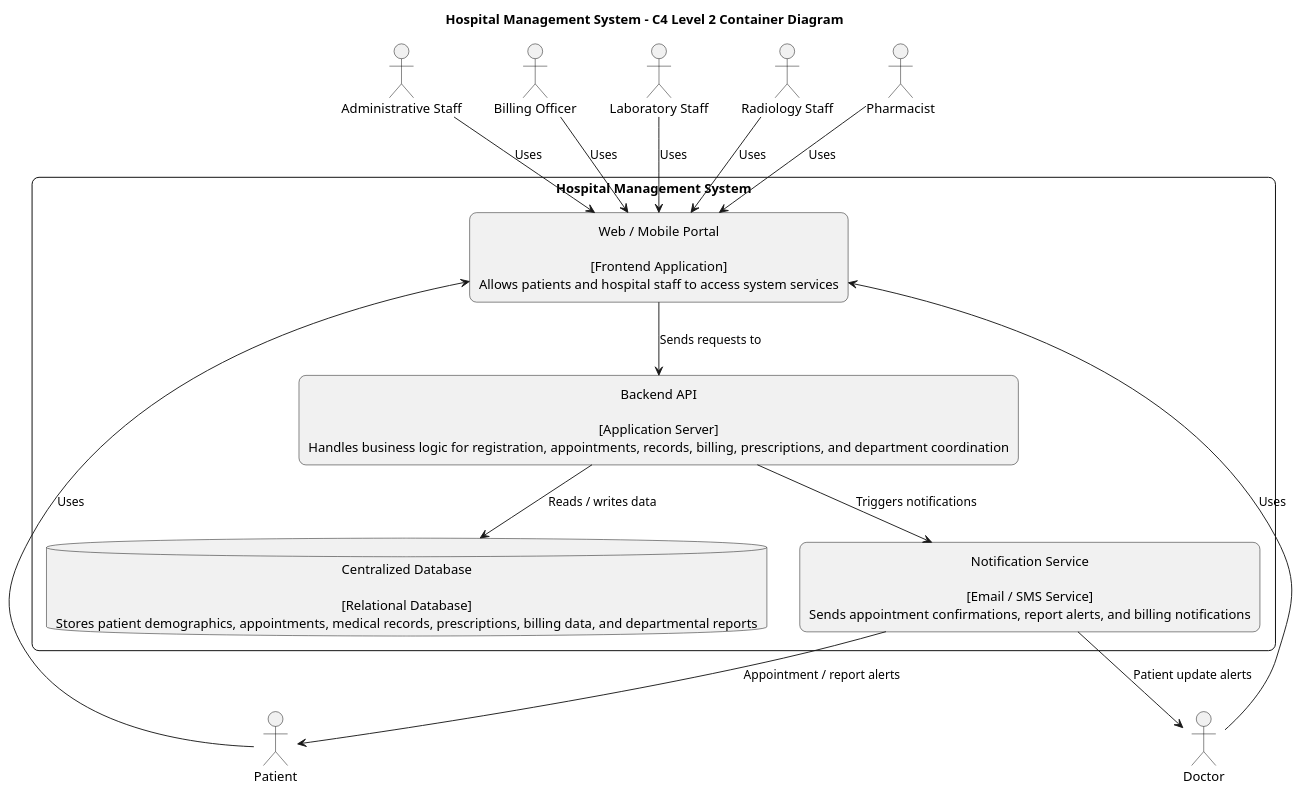
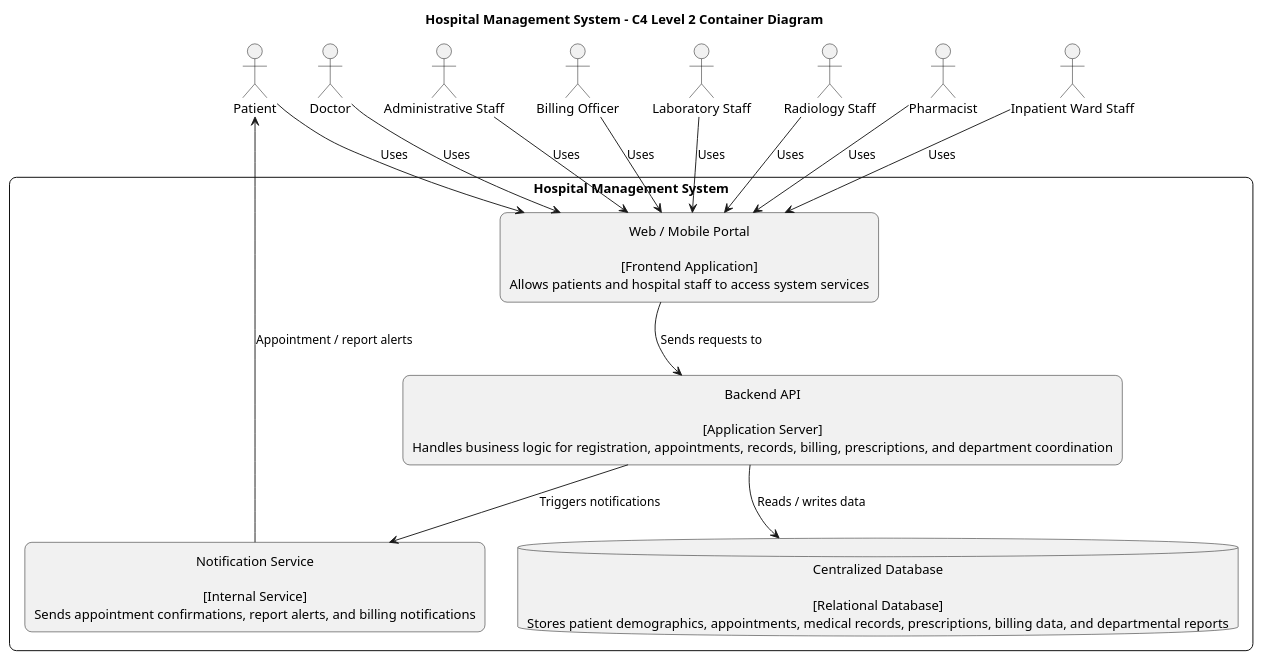
One commit to hamztion/Software_Project_Group8 changed the diagram in uml/container_diagram.puml. Above: the diagram before and after it, drawn with PlantUML. The commit also changed 1 other file, not shown here.

Commit message:
Update container diagram layout and ward actor

```diff
--- a/uml/container_diagram.puml
+++ b/uml/container_diagram.puml
@@ -1,52 +1,67 @@
 @startuml
 title Hospital Management System - C4 Level 2 Container Diagram
+
+top to bottom direction
 
 skinparam backgroundColor white
 skinparam shadowing false
 skinparam defaultTextAlignment center
 skinparam rectangle {
   RoundCorner 15
   BorderColor black
 }
 skinparam database {
   BorderColor black
 }
 skinparam actor {
   BorderColor black
 }
 
 actor "Patient" as patient
 actor "Doctor" as doctor
 actor "Administrative Staff" as admin
 actor "Billing Officer" as billing
 actor "Laboratory Staff" as lab
 actor "Radiology Staff" as radiology
 actor "Pharmacist" as pharmacy
+actor "Inpatient Ward Staff" as ward
 
 rectangle "Hospital Management System" as hms {
 
   rectangle "Web / Mobile Portal\n\n[Frontend Application]\nAllows patients and hospital staff to access system services" as portal
 
   rectangle "Backend API\n\n[Application Server]\nHandles business logic for registration, appointments, records, billing, prescriptions, and department coordination" as api
 
   database "Centralized Database\n\n[Relational Database]\nStores patient demographics, appointments, medical records, prescriptions, billing data, and departmental reports" as db
 
-  rectangle "Notification Service\n\n[Email / SMS Service]\nSends appointment confirmations, report alerts, and billing notifications" as notif
+  rectangle "Notification Service\n\n[Internal Service]\nSends appointment confirmations, report alerts, and billing notifications" as notif
+
+  portal -[hidden]down- api
+  api -[hidden]down- db
+  db -[hidden]right- notif
 }
+
+patient -[hidden]right- doctor
+doctor -[hidden]right- admin
+admin -[hidden]right- billing
+billing -[hidden]right- lab
+lab -[hidden]right- radiology
+radiology -[hidden]right- pharmacy
+pharmacy -[hidden]right- ward
 
 patient --> portal : Uses
 doctor --> portal : Uses
 admin --> portal : Uses
 billing --> portal : Uses
 lab --> portal : Uses
 radiology --> portal : Uses
 pharmacy --> portal : Uses
+ward --> portal : Uses
 
 portal --> api : Sends requests to
 api --> db : Reads / writes data
 api --> notif : Triggers notifications
 
 notif --> patient : Appointment / report alerts
-notif --> doctor : Patient update alerts
 
 @enduml
```
